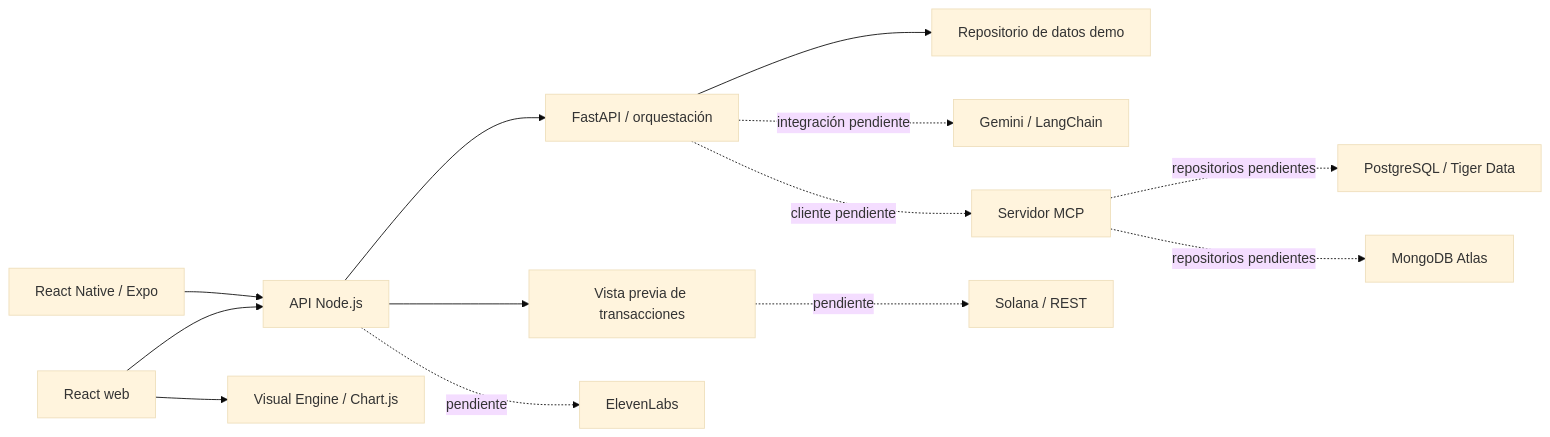
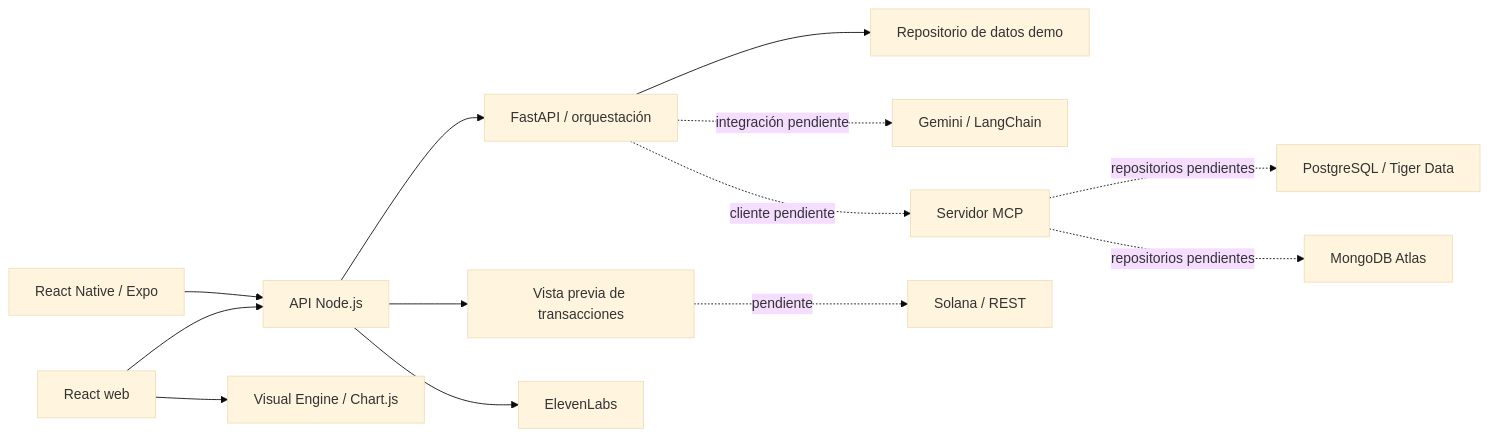
Before and after one commit to emilianovago99/BanorteHack: the diagram in docs/architecture.md, drawn with Mermaid (base theme). The commit also changed other lines of this file and 28 other files, not shown here.

First line of the commit message:
feat(api): implement OAuth2 authentication and ElevenLabs voice synthesis

````diff
--- a/docs/architecture.md
+++ b/docs/architecture.md
@@ -5,15 +5,15 @@
 ```mermaid
 flowchart LR
   Web[React web] --> API[API Node.js]
   Mobile[React Native / Expo] --> API
   API --> AI[FastAPI / orquestación]
   AI --> Demo[Repositorio de datos demo]
   AI -. integración pendiente .-> Gemini[Gemini / LangChain]
   AI -. cliente pendiente .-> MCP[Servidor MCP]
   MCP -. repositorios pendientes .-> PG[PostgreSQL / Tiger Data]
   MCP -. repositorios pendientes .-> Mongo[MongoDB Atlas]
   API --> Preview[Vista previa de transacciones]
-  API -. pendiente .-> Voice[ElevenLabs]
+  API --> Voice[ElevenLabs]
   Preview -. pendiente .-> Solana[Solana / REST]
   Web --> Visual[Visual Engine / Chart.js]
 ```
````
